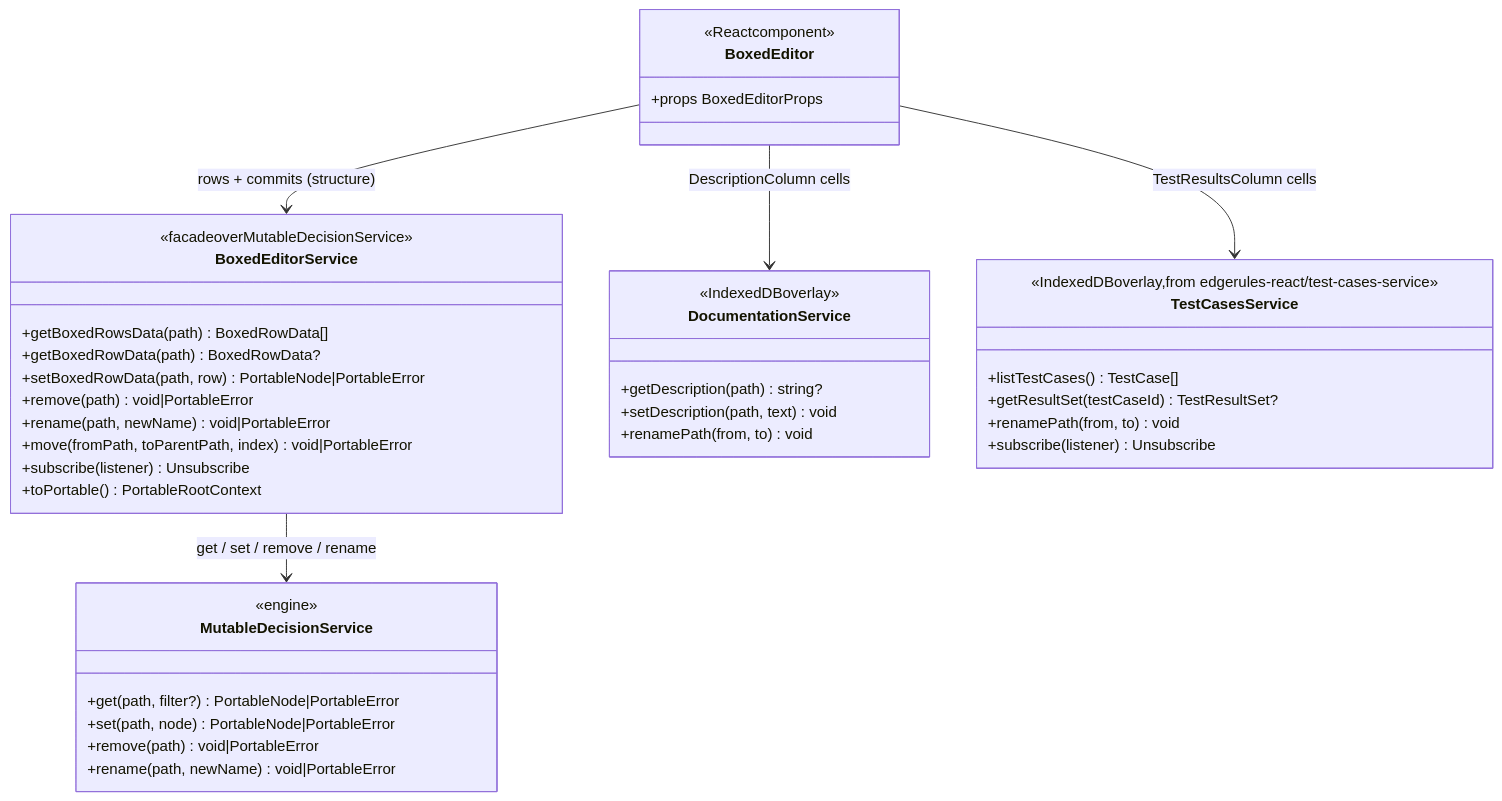
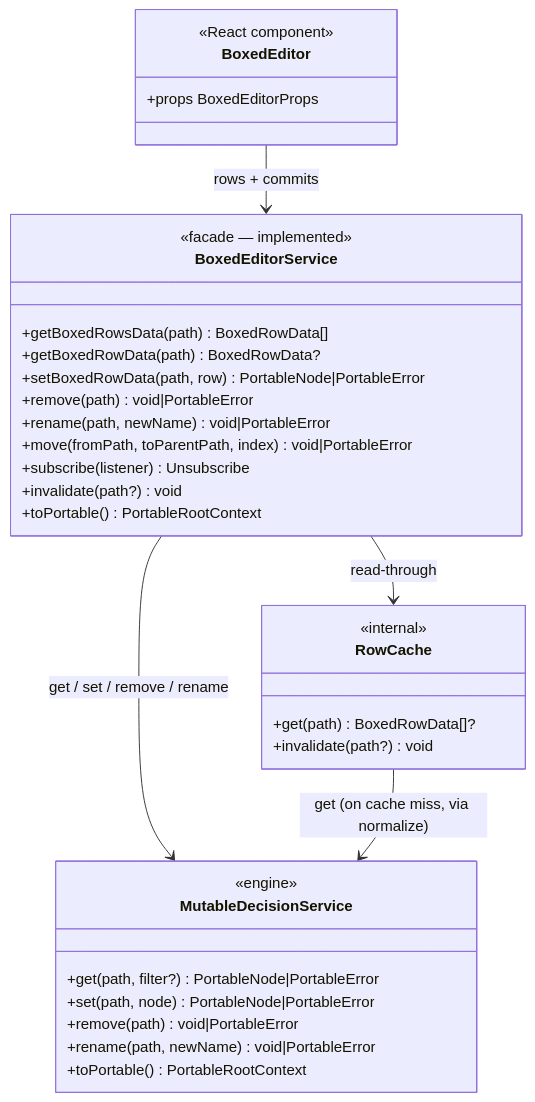
Before and after one commit to rimvydasb/edgerules-react: the third of 6 diagrams in docs/BOXED_EDITOR_STORY.md, drawn with Mermaid. The commit also changed other lines of this file and 4 other files, not shown here.

````diff
--- a/docs/BOXED_EDITOR_STORY.md
+++ b/docs/BOXED_EDITOR_STORY.md
@@ -489,43 +332,36 @@
 ```mermaid
 classDiagram
     class BoxedEditor {
-        <<Reactcomponent>>
+        <<React component>>
         +props BoxedEditorProps
     }
     class BoxedEditorService {
-        <<facadeoverMutableDecisionService>>
+        <<facade — implemented>>
         +getBoxedRowsData(path) BoxedRowData[]
         +getBoxedRowData(path) BoxedRowData?
         +setBoxedRowData(path, row) PortableNode|PortableError
         +remove(path) void|PortableError
         +rename(path, newName) void|PortableError
         +move(fromPath, toParentPath, index) void|PortableError
         +subscribe(listener) Unsubscribe
+        +invalidate(path?) void
         +toPortable() PortableRootContext
+    }
+    class RowCache {
+        <<internal>>
+        +get(path) BoxedRowData[]?
+        +invalidate(path?) void
     }
     class MutableDecisionService {
         <<engine>>
         +get(path, filter?) PortableNode|PortableError
         +set(path, node) PortableNode|PortableError
         +remove(path) void|PortableError
         +rename(path, newName) void|PortableError
+        +toPortable() PortableRootContext
     }
-    class DocumentationService {
-        <<IndexedDBoverlay>>
-        +getDescription(path) string?
-        +setDescription(path, text) void
-        +renamePath(from, to) void
-    }
-    class TestCasesService {
-        <<IndexedDBoverlay,from edgerules-react/test-cases-service>>
-        +listTestCases() TestCase[]
-        +getResultSet(testCaseId) TestResultSet?
-        +renamePath(from, to) void
-        +subscribe(listener) Unsubscribe
-    }
-
-    BoxedEditor --> BoxedEditorService: rows + commits (structure)
-    BoxedEditor --> DocumentationService: DescriptionColumn cells
-    BoxedEditor --> TestCasesService: TestResultsColumn cells
-    BoxedEditorService --> MutableDecisionService: get / set / remove / rename
+    BoxedEditor --> BoxedEditorService : rows + commits
+    BoxedEditorService --> RowCache : read-through
+    BoxedEditorService --> MutableDecisionService : get / set / remove / rename
+    RowCache --> MutableDecisionService : get (on cache miss, via normalize)
 ```
````
